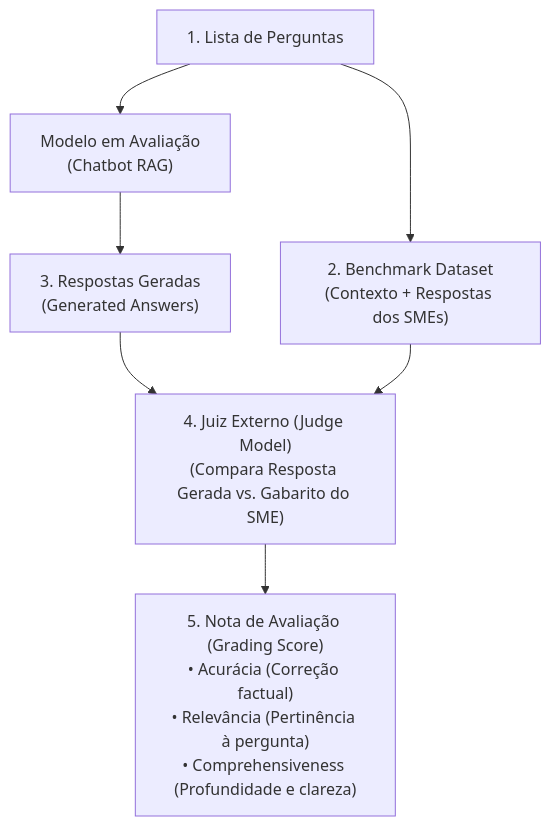
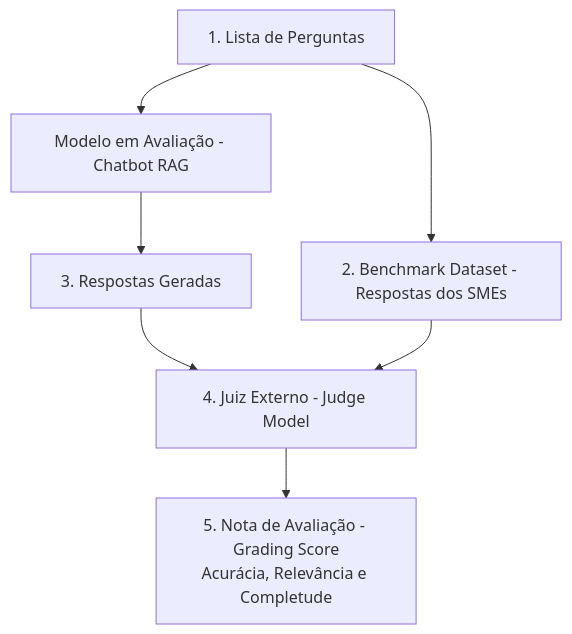
Before and after one commit to LucasMartins-33/Resumo-da-certifica-o-AWS: the fifth of 7 diagrams in Modulo-06-Optimizing-Foundation-Models.md, drawn with Mermaid. The commit also changed other lines of this file, not shown here.

````diff
--- a/Modulo-06-Optimizing-Foundation-Models.md
+++ b/Modulo-06-Optimizing-Foundation-Models.md
@@ -216,12 +216,12 @@
 ```mermaid
 flowchart TD
-    Q["1. Lista de Perguntas"] --> MT["Modelo em Avaliação\n(Chatbot RAG)"]
-    Q --> BD["2. Benchmark Dataset\n(Contexto + Respostas dos SMEs)"]
+    Q["1. Lista de Perguntas"] --> MT["Modelo em Avaliação - Chatbot RAG"]
+    Q --> BD["2. Benchmark Dataset - Respostas dos SMEs"]
     
-    MT --> GA["3. Respostas Geradas\n(Generated Answers)"]
+    MT --> GA["3. Respostas Geradas"]
     
-    GA --> JM["4. Juiz Externo (Judge Model)\n(Compara Resposta Gerada vs. Gabarito do SME)"]
+    GA --> JM["4. Juiz Externo - Judge Model"]
     BD --> JM
     
-    JM --> SCORE["5. Nota de Avaliação (Grading Score)\n• Acurácia (Correção factual)\n• Relevância (Pertinência à pergunta)\n• Comprehensiveness (Profundidade e clareza)"]
+    JM --> SCORE["5. Nota de Avaliação - Grading Score<br/>Acurácia, Relevância e Completude"]
 ```
````
